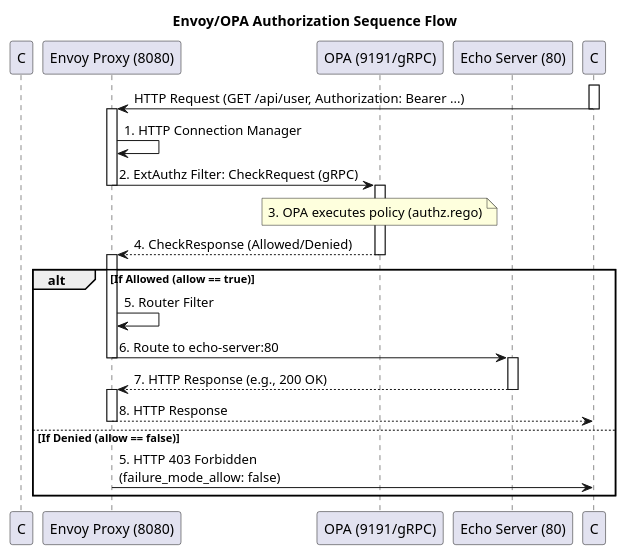
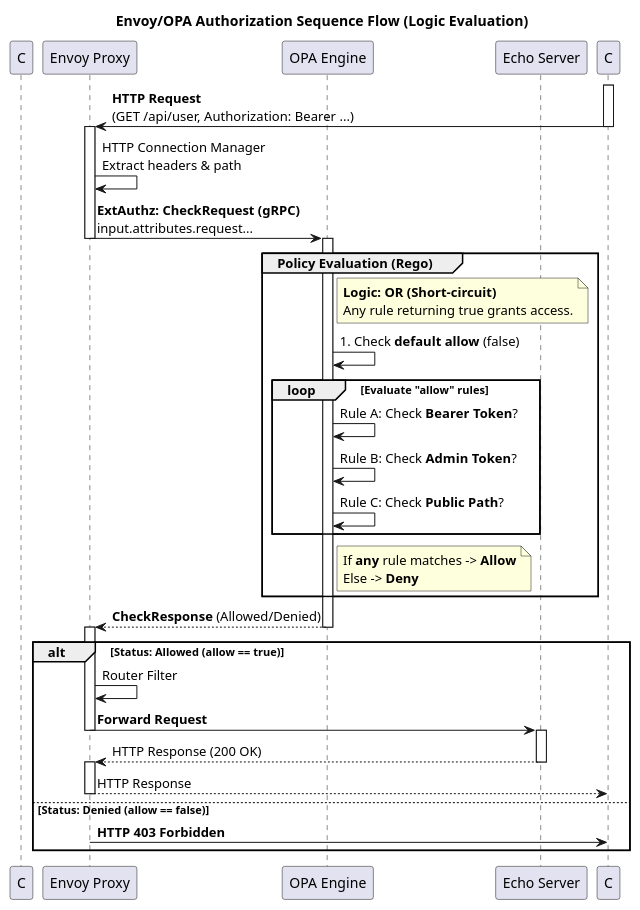
The diagram in assets/sequence.pu (kanywst/envoy-external-authorization-filter-simple), drawn with PlantUML before and after one commit. The commit also changed 9 other files, not shown here.

```diff
--- a/assets/sequence.pu
+++ b/assets/sequence.pu
@@ -1,44 +1,61 @@
 @startuml
-title Envoy/OPA Authorization Sequence Flow
+title Envoy/OPA Authorization Sequence Flow (Logic Evaluation)
 
 ' Participant Definitions
 participant C as Client
-participant E as "Envoy Proxy (8080)"
-participant O as "OPA (9191/gRPC)"
-participant S as "Echo Server (80)"
+participant E as "Envoy Proxy"
+participant O as "OPA Engine"
+participant S as "Echo Server"
 
 activate C
-C -> E: HTTP Request (GET /api/user, Authorization: Bearer ...)
+C -> E: **HTTP Request**\n(GET /api/user, Authorization: Bearer ...)
 deactivate C
 
 activate E
-E -> E: 1. HTTP Connection Manager
+E -> E: HTTP Connection Manager\nExtract headers & path
 
 ' Authorization Request
-E -> O: 2. ExtAuthz Filter: CheckRequest (gRPC)
+E -> O: **ExtAuthz: CheckRequest (gRPC)**\ninput.attributes.request...
 deactivate E
 
 activate O
-note over O: 3. OPA executes policy (authz.rego)
-O --> E: 4. CheckResponse (Allowed/Denied)
+group Policy Evaluation (Rego)
+    note right of O
+        **Logic: OR (Short-circuit)**
+        Any rule returning true grants access.
+    end note
+    
+    O -> O: 1. Check **default allow** (false)
+    loop Evaluate "allow" rules
+        O -> O: Rule A: Check **Bearer Token**?
+        O -> O: Rule B: Check **Admin Token**?
+        O -> O: Rule C: Check **Public Path**?
+    end
+    note right of O
+        If **any** rule matches -> **Allow**
+        Else -> **Deny**
+    end note
+end
+
+O --> E: **CheckResponse** (Allowed/Denied)
 deactivate O
 
 activate E
-alt If Allowed (allow == true)
-    E -> E: 5. Router Filter
-    E -> S: 6. Route to echo-server:80
+alt Status: Allowed (allow == true)
+    E -> E: Router Filter
+    E -> S: **Forward Request**
     deactivate E
 
     activate S
-    S --> E: 7. HTTP Response (e.g., 200 OK)
+    S --> E: HTTP Response (200 OK)
     deactivate S
 
     activate E
-    E --> C: 8. HTTP Response
+    E --> C: HTTP Response
     deactivate E
-else If Denied (allow == false)
-    E -> C: 5. HTTP 403 Forbidden\n(failure_mode_allow: false)
+else Status: Denied (allow == false)
+    E -> C: **HTTP 403 Forbidden**
     deactivate E
 end
 
 @enduml
```
